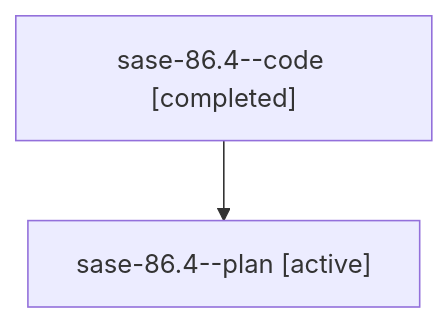
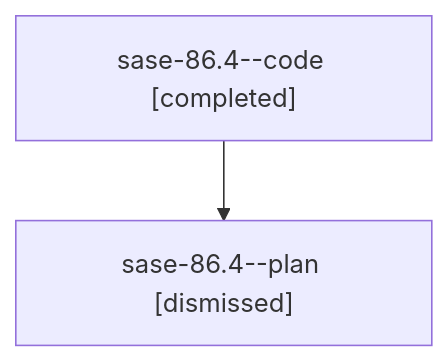
One commit to sase-org/sase--agents changed the diagram in sessions/bbugyi200.athena.sase-86.4.md. Above: the diagram before and after it, drawn with Mermaid. The commit also changed other lines of this file and 88 other files, not shown here.

````diff
--- a/sessions/bbugyi200.athena.sase-86.4.md
+++ b/sessions/bbugyi200.athena.sase-86.4.md
@@ -9,6 +9,6 @@
 ```mermaid
 flowchart TD
   n0["sase-86.4--code [completed]"]
-  n1["sase-86.4--plan [active]"]
+  n1["sase-86.4--plan [dismissed]"]
   n0 --> n1
 ```
````
